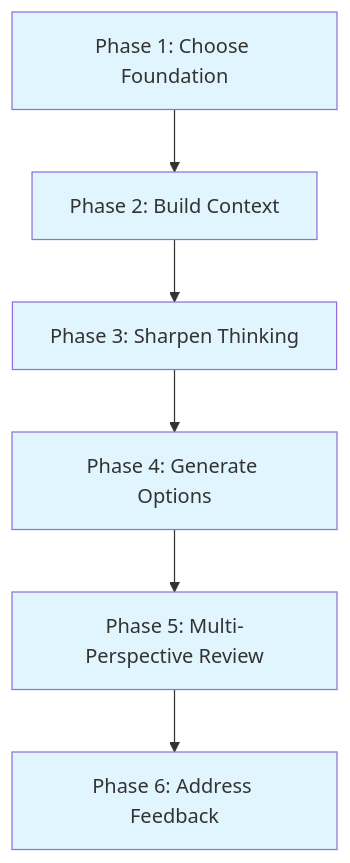
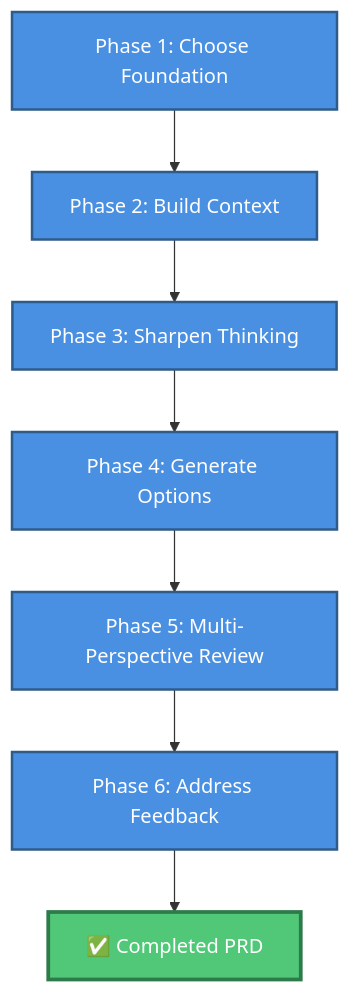
The diagram in lesson-modules/2.1-write-prd/SCRIPT.md (carlvellotti/cursor-pm-course), drawn with Mermaid before and after one commit. The commit also changed other lines of this file, not shown here.

Commit message:
Improve Mermaid diagrams with better colors and contrast
Updated all workflow diagrams across Modules 2.1, 2.2, and 2.3:

Module 2.1 (SCRIPT.md):
- Changed from pale blue to vibrant blue (#4A90E2) with white text
- Added final "Completed PRD" step in green
- Added dark borders for better definition
- Much higher contrast for readability

Module 2.2 workflow diagram:
- Blue for start/orientation
- Orange for phase headers
- Green for document creation
- Red for dramatic decision moments
- Gold for key reveals
- Emerald for completion

Module 2.3 workflow diagrams:
- Blue for strategic choices
- Orange for phase headers
- Green for documents
- Red for devil's advocate challenges
- Gold for synthesis moments
- Emerald for completion
- Updated strategy connection diagram

All diagrams now use:
- High-contrast colors with white text
- Thick borders on emphasized elements
- Consistent color palette across modules
- Readable on light and dark backgrounds

🤖 Generated with [Claude Code](https://claude.com/claude-code)

````diff
--- a/lesson-modules/2.1-write-prd/SCRIPT.md
+++ b/lesson-modules/2.1-write-prd/SCRIPT.md
@@ -19,15 +19,17 @@
 ```mermaid
 graph TD
     A[Phase 1: Choose Foundation] --> B[Phase 2: Build Context]
     B --> C[Phase 3: Sharpen Thinking]
     C --> D[Phase 4: Generate Options]
     D --> E[Phase 5: Multi-Perspective Review]
     E --> F[Phase 6: Address Feedback]
+    F --> G[✅ Completed PRD]
 
-    style A fill:#e1f5ff
-    style B fill:#e1f5ff
-    style C fill:#e1f5ff
-    style D fill:#e1f5ff
-    style E fill:#e1f5ff
-    style F fill:#e1f5ff
+    style A fill:#4A90E2,stroke:#2E5C8A,stroke-width:2px,color:#fff
+    style B fill:#4A90E2,stroke:#2E5C8A,stroke-width:2px,color:#fff
+    style C fill:#4A90E2,stroke:#2E5C8A,stroke-width:2px,color:#fff
+    style D fill:#4A90E2,stroke:#2E5C8A,stroke-width:2px,color:#fff
+    style E fill:#4A90E2,stroke:#2E5C8A,stroke-width:2px,color:#fff
+    style F fill:#4A90E2,stroke:#2E5C8A,stroke-width:2px,color:#fff
+    style G fill:#50C878,stroke:#2D7A4A,stroke-width:3px,color:#fff
 ```
````
